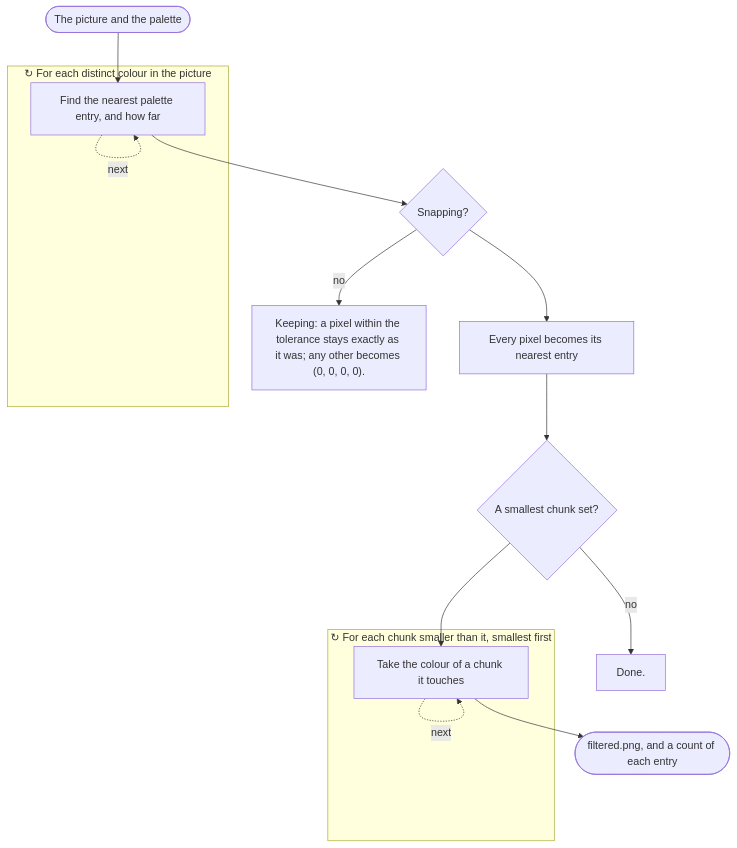
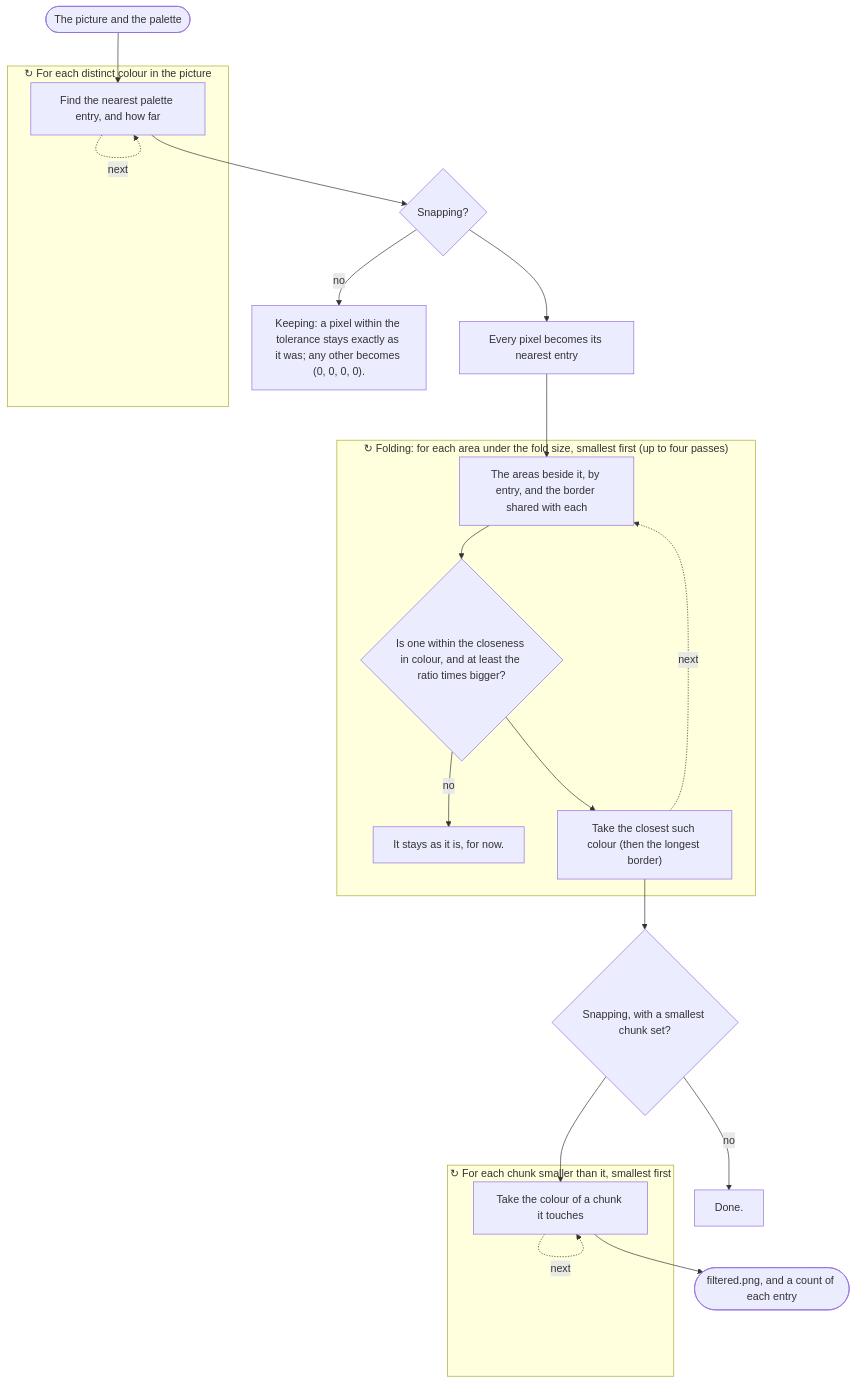
Before and after one commit to MabzGamesStudio/VibeToon: the fifth of 33 diagrams in docs/ALGORITHMS.md, drawn with Mermaid. The commit also changed other lines of this file and 34 other files, not shown here.

````diff
--- a/docs/ALGORITHMS.md
+++ b/docs/ALGORITHMS.md
@@ -547,26 +548,37 @@
 ```mermaid
 flowchart TD
   s1(["The picture and the palette"])
   subgraph s2["↻ For each distinct colour in the picture"]
     s3["Find the nearest palette entry, and how far"]
   end
   s3 -. next .-> s3
   s1 --> s3
   s4{"Snapping?"}
   s5["Keeping: a pixel within the tolerance stays exactly as it was; any other becomes (0, 0, 0, 0)."]
   s4 -- no --> s5
   s3 --> s4
   s6["Every pixel becomes its nearest entry"]
   s4 --> s6
-  s7{"A smallest chunk set?"}
-  s8["Done."]
-  s7 -- no --> s8
-  s6 --> s7
-  subgraph s9["↻ For each chunk smaller than it, smallest first"]
-    s10["Take the colour of a chunk it touches"]
+  subgraph s7["↻ Folding: for each area under the fold size, smallest first (up to four passes)"]
+    s8["The areas beside it, by entry, and the border shared with each"]
+    s9{"Is one within the closeness in colour, and at least the ratio times bigger?"}
+    s10["It stays as it is, for now."]
+    s9 -- no --> s10
+    s8 --> s9
+    s11["Take the closest such colour (then the longest border)"]
+    s9 --> s11
   end
-  s10 -. next .-> s10
-  s7 --> s10
-  s11(["filtered.png, and a count of each entry"])
-  s10 --> s11
+  s11 -. next .-> s8
+  s6 --> s8
+  s12{"Snapping, with a smallest chunk set?"}
+  s13["Done."]
+  s12 -- no --> s13
+  s11 --> s12
+  subgraph s14["↻ For each chunk smaller than it, smallest first"]
+    s15["Take the colour of a chunk it touches"]
+  end
+  s15 -. next .-> s15
+  s12 --> s15
+  s16(["filtered.png, and a count of each entry"])
+  s15 --> s16
 ```
````
